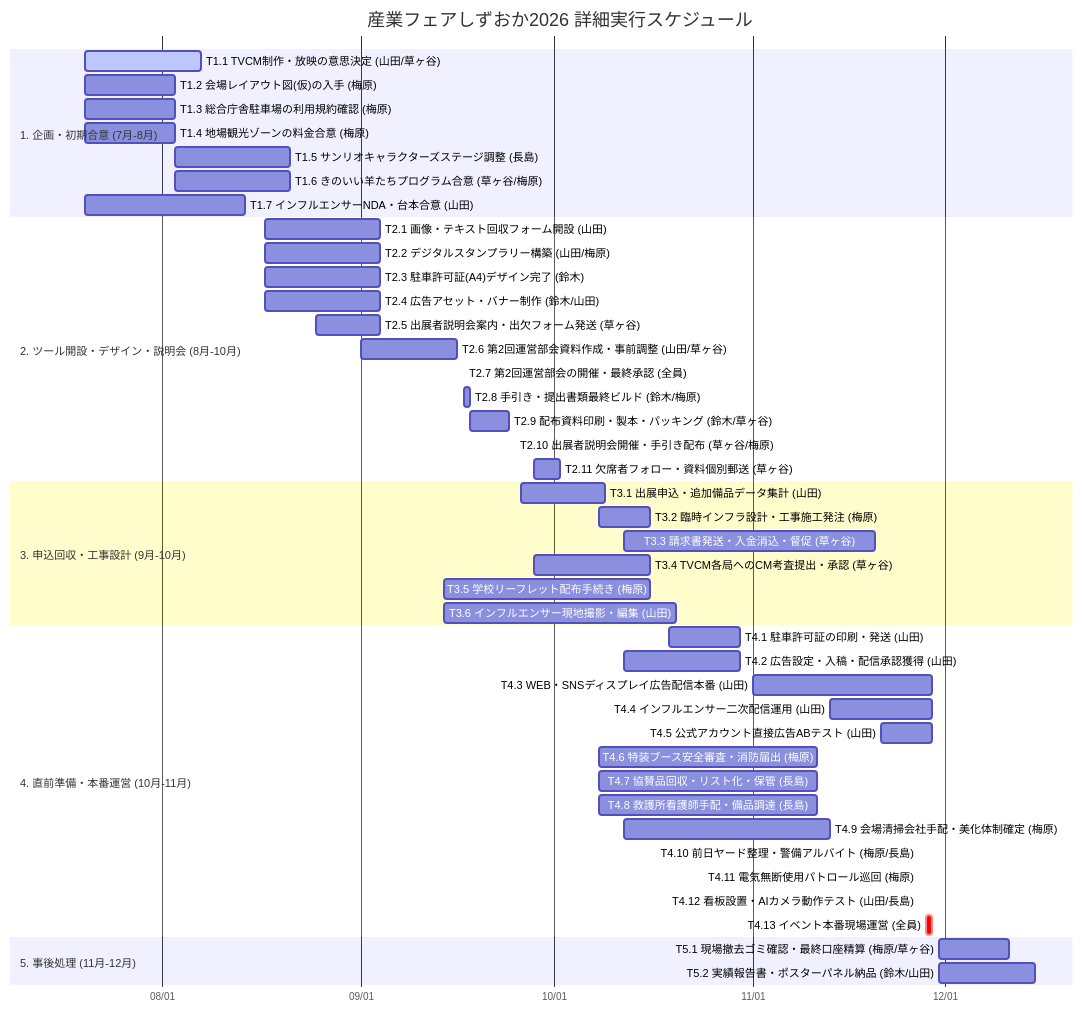
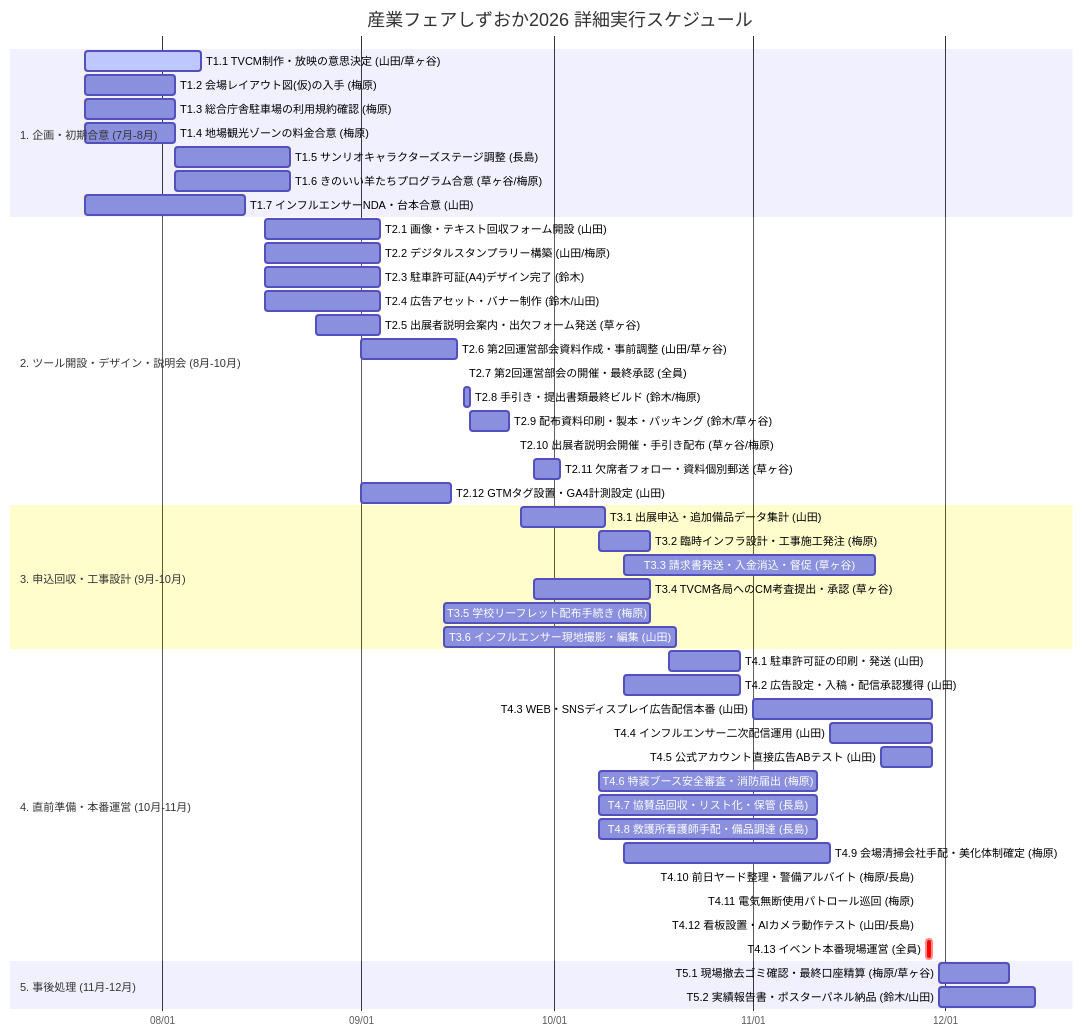
One commit to yamada-sap/shizuoka-fair-2026 changed the diagram in docs/04_体制・評価/詳細実行タスク管理簿_ガントチャート.md. Above: the diagram before and after it, drawn with Mermaid. The commit also changed other lines of this file and 4 other files, not shown here.

````diff
--- a/docs/04_体制・評価/詳細実行タスク管理簿_ガントチャート.md
+++ b/docs/04_体制・評価/詳細実行タスク管理簿_ガントチャート.md
@@ -13,55 +13,56 @@
 ```mermaid
 gantt
     title 産業フェアしずおか2026 詳細実行スケジュール
     dateFormat  YYYY-MM-DD
     axisFormat  %m/%d
     
     section 1. 企画・初期合意 (7月-8月)
     T1.1 TVCM制作・放映の意思決定 (山田/草ヶ谷)  :active, t1_1, 2026-07-20, 2026-08-07
     T1.2 会場レイアウト図(仮)の入手 (梅原)         :t1_2, 2026-07-20, 2026-08-03
     T1.3 総合庁舎駐車場の利用規約確認 (梅原)       :t1_3, 2026-07-20, 2026-08-03
     T1.4 地場観光ゾーンの料金合意 (梅原)          :t1_4, 2026-07-20, 2026-08-03
     T1.5 サンリオキャラクターズステージ調整 (長島) :t1_5, 2026-08-03, 2026-08-21
     T1.6 きのいい羊たちプログラム合意 (草ヶ谷/梅原):t1_6, 2026-08-03, 2026-08-21
     T1.7 インフルエンサーNDA・台本合意 (山田)       :t1_7, 2026-07-20, 2026-08-14
     
     section 2. ツール開設・デザイン・説明会 (8月-10月)
     T2.1 画像・テキスト回収フォーム開設 (山田)    :t2_1, 2026-08-17, 2026-09-04
     T2.2 デジタルスタンプラリー構築 (山田/梅原)   :t2_2, 2026-08-17, 2026-09-04
     T2.3 駐車許可証(A4)デザイン完了 (鈴木)       :t2_3, 2026-08-17, 2026-09-04
     T2.4 広告アセット・バナー制作 (鈴木/山田)     :t2_4, 2026-08-17, 2026-09-04
     T2.5 出展者説明会案内・出欠フォーム発送 (草ヶ谷):t2_5, 2026-08-25, 2026-09-04
     T2.6 第2回運営部会資料作成・事前調整 (山田/草ヶ谷):t2_6, 2026-09-01, 2026-09-16
     T2.7 第2回運営部会の開催・最終承認 (全員)     :crit, t2_7, 2026-09-17, 2026-09-17
     T2.8 手引き・提出書類最終ビルド (鈴木/梅原)   :t2_8, 2026-09-17, 2026-09-18
     T2.9 配布資料印刷・製本・パッキング (鈴木/草ヶ谷):t2_9, 2026-09-18, 2026-09-24
     T2.10 出展者説明会開催・手引き配布 (草ヶ谷/梅原):crit, t2_10, 2026-09-25, 2026-09-25
     T2.11 欠席者フォロー・資料個別郵送 (草ヶ谷)  :t2_11, 2026-09-28, 2026-10-02
+    T2.12 GTMタグ設置・GA4計測設定 (山田)        :t2_12, 2026-09-01, 2026-09-15
     
     section 3. 申込回収・工事設計 (9月-10月)
     T3.1 出展申込・追加備品データ集計 (山田)      :t3_1, 2026-09-26, 2026-10-09
     T3.2 臨時インフラ設計・工事施工発注 (梅原)     :t3_2, 2026-10-08, 2026-10-16
     T3.3 請求書発送・入金消込・督促 (草ヶ谷)      :t3_3, 2026-10-12, 2026-11-20
     T3.4 TVCM各局へのCM考査提出・承認 (草ヶ谷)     :t3_4, 2026-09-28, 2026-10-16
     T3.5 学校リーフレット配布手続き (梅原)         :t3_5, 2026-09-14, 2026-10-16
     T3.6 インフルエンサー現地撮影・編集 (山田)     :t3_6, 2026-09-14, 2026-10-20
     
     section 4. 直前準備・本番運営 (10月-11月)
     T4.1 駐車許可証の印刷・発送 (山田)            :t4_1, 2026-10-19, 2026-10-30
     T4.2 広告設定・入稿・配信承認獲得 (山田)       :t4_2, 2026-10-12, 2026-10-30
     T4.3 WEB・SNSディスプレイ広告配信本番 (山田)    :t4_3, 2026-11-01, 2026-11-29
     T4.4 インフルエンサー二次配信運用 (山田)       :t4_4, 2026-11-13, 2026-11-29
     T4.5 公式アカウント直接広告ABテスト (山田)     :t4_5, 2026-11-21, 2026-11-29
     T4.6 特装ブース安全審査・消防届出 (梅原)       :t4_6, 2026-10-08, 2026-11-11
     T4.7 協賛品回収・リスト化・保管 (長島)         :t4_7, 2026-10-08, 2026-11-11
     T4.8 救護所看護師手配・備品調達 (長島)         :t4_8, 2026-10-08, 2026-11-11
     T4.9 会場清掃会社手配・美化体制確定 (梅原)     :t4_9, 2026-10-12, 2026-11-13
     T4.10 前日ヤード整理・警備アルバイト (梅原/長島):t4_10, 2026-11-27, 2026-11-27
     T4.11 電気無断使用パトロール巡回 (梅原)       :t4_11, 2026-11-27, 2026-11-27
     T4.12 看板設置・AIカメラ動作テスト (山田/長島) :t4_12, 2026-11-27, 2026-11-27
     T4.13 イベント本番現場運営 (全員)             :crit, t4_13, 2026-11-28, 2026-11-29
     
     section 5. 事後処理 (11月-12月)
     T5.1 現場撤去ゴミ確認・最終口座精算 (梅原/草ヶ谷):t5_1, 2026-11-30, 2026-12-11
     T5.2 実績報告書・ポスターパネル納品 (鈴木/山田) :t5_2, 2026-11-30, 2026-12-15
 ```
````
